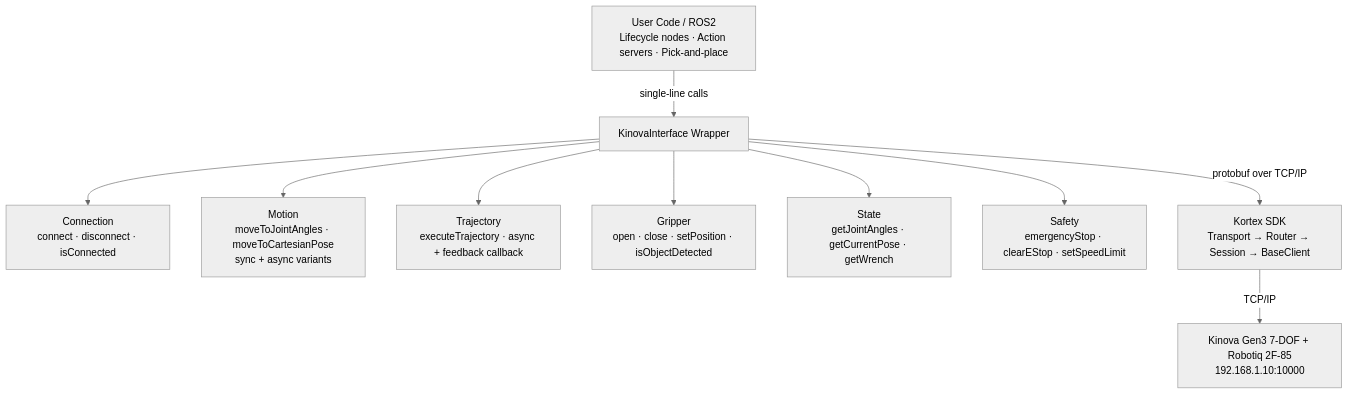
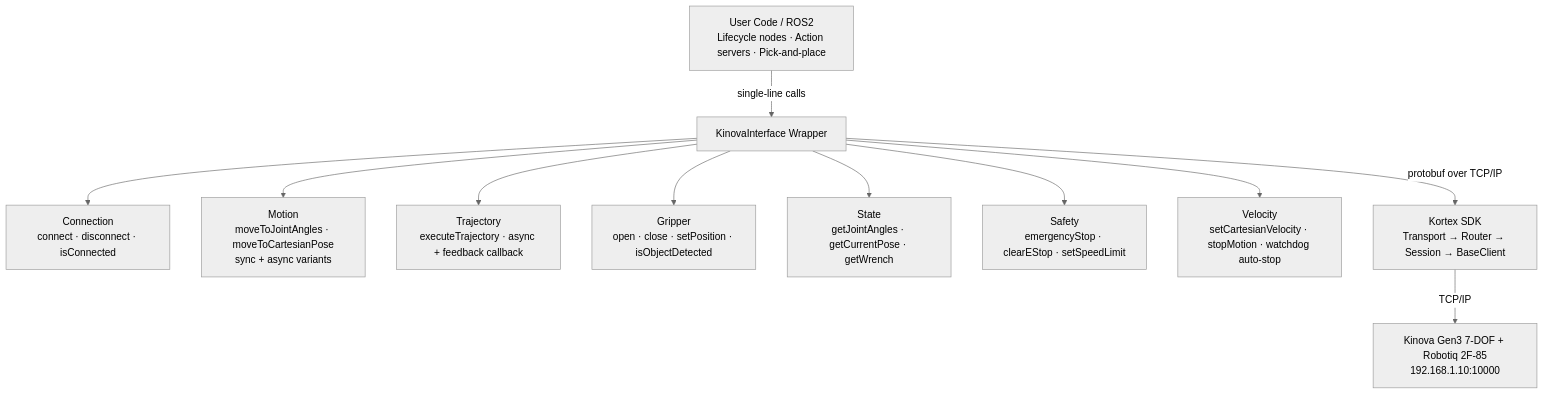
The first of 2 diagrams in README.md (Sahilnarola-1007/kinova-wrapper), drawn with Mermaid (neutral theme) before and after one commit. The commit also changed other lines of this file and 6 other files, not shown here.

First line of the commit message:
feat: add Cartesian velocity control with three-layer safety

````diff
--- a/README.md
+++ b/README.md
@@ -62,15 +62,16 @@
 ```mermaid
 graph TD
     A[User Code / ROS2<br/>Lifecycle nodes · Action servers · Pick-and-place] 
     -->|single-line calls| B[KinovaInterface Wrapper]
     
     B --> B1[Connection<br/>connect · disconnect · isConnected]
     B --> B2[Motion<br/>moveToJointAngles · moveToCartesianPose<br/>sync + async variants]
     B --> B3[Trajectory<br/>executeTrajectory · async + feedback callback]
     B --> B4[Gripper<br/>open · close · setPosition · isObjectDetected]
     B --> B5[State<br/>getJointAngles · getCurrentPose · getWrench]
     B --> B6[Safety<br/>emergencyStop · clearEStop · setSpeedLimit]
+    B --> B7[Velocity<br/>setCartesianVelocity · stopMotion · watchdog auto-stop]
 
     B -->|protobuf over TCP/IP| C[Kortex SDK<br/>Transport → Router → Session → BaseClient]
     C -->|TCP/IP| D[Kinova Gen3 7-DOF + Robotiq 2F-85<br/>192.168.1.10:10000]
 ```
````
